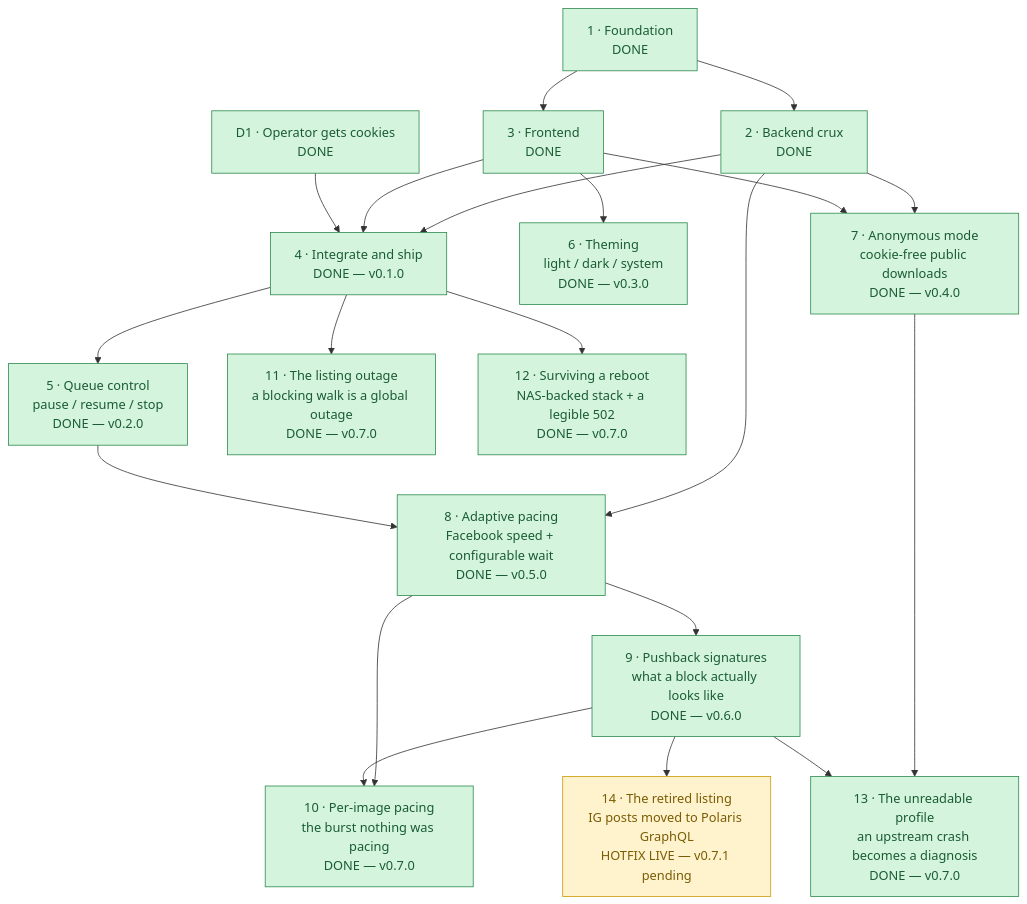
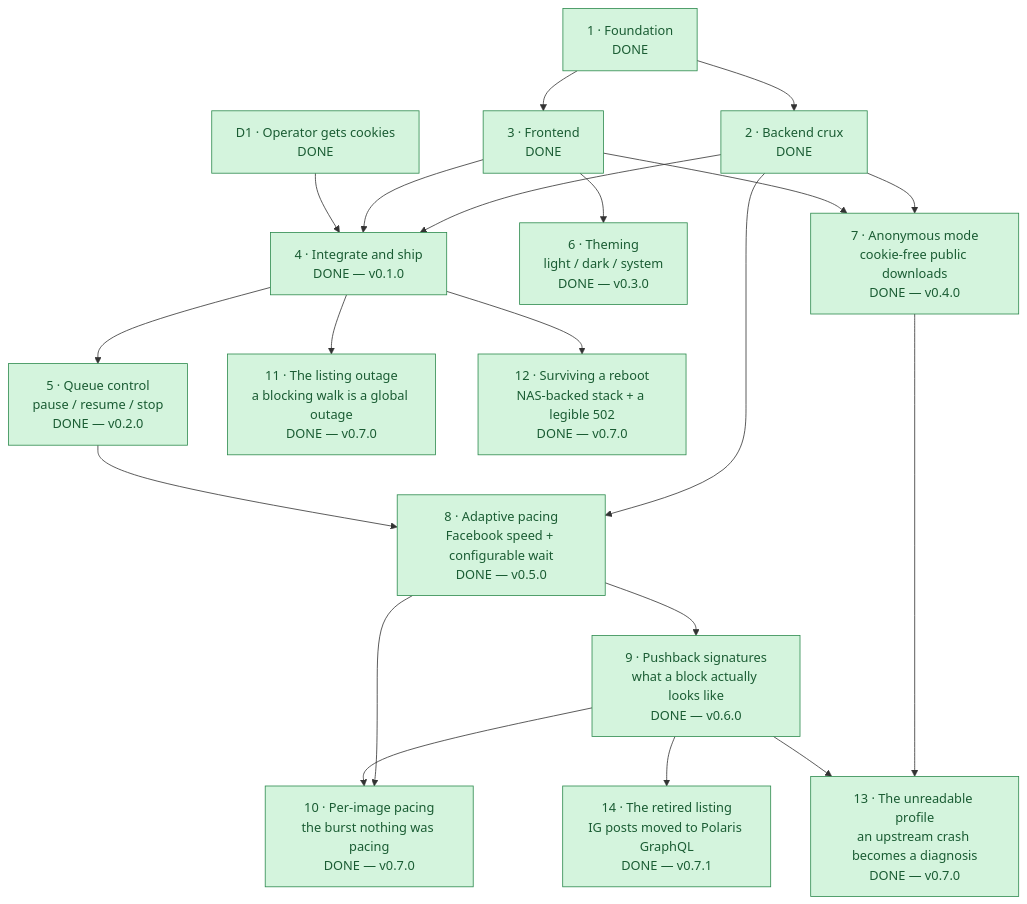
The diagram in ROADMAP.md (lumduan/gallery-dl-web), drawn with Mermaid before and after one commit. The commit also changed other lines of this file and 6 other files, not shown here.

````diff
--- a/ROADMAP.md
+++ b/ROADMAP.md
@@ -8,42 +8,42 @@
 ```mermaid
 flowchart TD
     P1["1 · Foundation<br/>DONE"] --> P2["2 · Backend crux<br/>DONE"]
     P1 --> P3["3 · Frontend<br/>DONE"]
     P2 --> P4["4 · Integrate and ship<br/>DONE — v0.1.0"]
     P3 --> P4
     D1["D1 · Operator gets cookies<br/>DONE"] --> P4
     P4 --> P5["5 · Queue control<br/>pause / resume / stop<br/>DONE — v0.2.0"]
     P3 --> P6["6 · Theming<br/>light / dark / system<br/>DONE — v0.3.0"]
     P2 --> P7["7 · Anonymous mode<br/>cookie-free public downloads<br/>DONE — v0.4.0"]
     P3 --> P7
     P2 --> P8["8 · Adaptive pacing<br/>Facebook speed + configurable wait<br/>DONE — v0.5.0"]
     P5 --> P8
     P8 --> P9["9 · Pushback signatures<br/>what a block actually looks like<br/>DONE — v0.6.0"]
     P8 --> P10["10 · Per-image pacing<br/>the burst nothing was pacing<br/>DONE — v0.7.0"]
     P9 --> P10
     P4 --> P11["11 · The listing outage<br/>a blocking walk is a global outage<br/>DONE — v0.7.0"]
     P4 --> P12["12 · Surviving a reboot<br/>NAS-backed stack + a legible 502<br/>DONE — v0.7.0"]
     P7 --> P13["13 · The unreadable profile<br/>an upstream crash becomes a diagnosis<br/>DONE — v0.7.0"]
     P9 --> P13
-    P9 --> P14["14 · The retired listing<br/>IG posts moved to Polaris GraphQL<br/>HOTFIX LIVE — v0.7.1 pending"]
+    P9 --> P14["14 · The retired listing<br/>IG posts moved to Polaris GraphQL<br/>DONE — v0.7.1"]
 
     classDef done     fill:#d4f4dd,stroke:#2d8a4e,color:#1a5c33
     classDef active   fill:#fff3cd,stroke:#cc9a06,color:#7a5c04
     classDef decision fill:#fde0e0,stroke:#d05555,color:#8f2e2e
 
     class P9 done
     class P10 done
     class P11 done
     class P12 done
     class P13 done
-    class P14 active
+    class P14 done
     class P1 done
     class P2 done
     class P3 done
     class P4 done
     class P5 done
     class P6 done
     class D1 done
     class P7 done
     class P8 done
 ```
````
